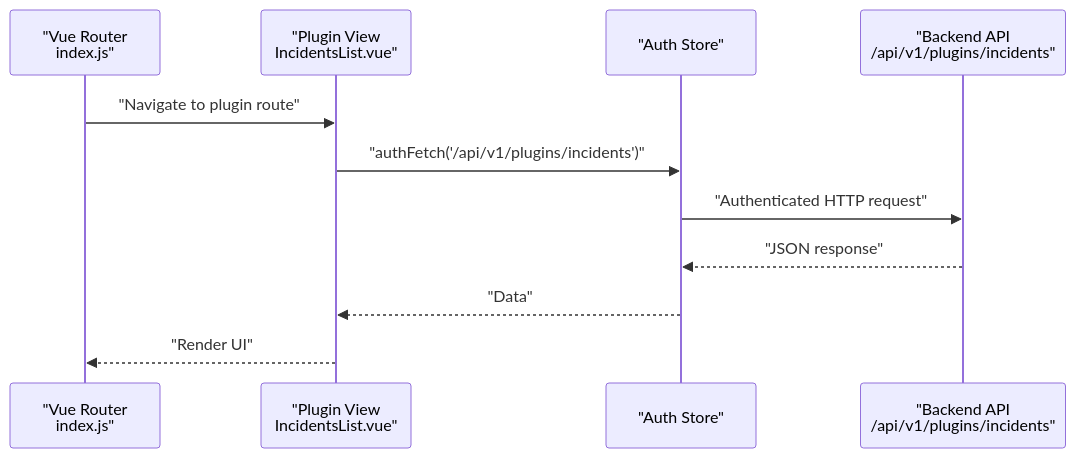
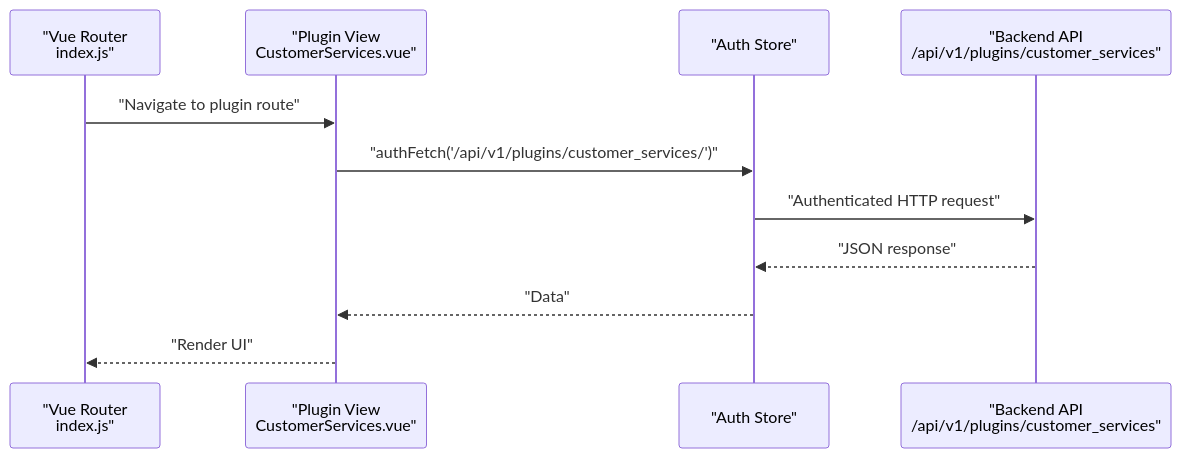
Before and after one commit to Nikita5543/New-SSO-02: the seventh of 15 diagrams in .qoder/repowiki/en/content/Plugin System Architecture/Plugin System Architecture.md, drawn with Mermaid. The commit also changed other lines of this file and 2 other files, not shown here.

Commit message:
commit-repo-wiki-plugins

````diff
--- a/.qoder/repowiki/en/content/Plugin System Architecture/Plugin System Architecture.md
+++ b/.qoder/repowiki/en/content/Plugin System Architecture/Plugin System Architecture.md
@@ -263,13 +297,13 @@
 ```mermaid
 sequenceDiagram
 participant Router as "Vue Router<br/>index.js"
-participant View as "Plugin View<br/>IncidentsList.vue"
+participant View as "Plugin View<br/>CustomerServices.vue"
 participant Auth as "Auth Store"
-participant API as "Backend API<br/>/api/v1/plugins/incidents"
+participant API as "Backend API<br/>/api/v1/plugins/customer_services"
 Router->>View : "Navigate to plugin route"
-View->>Auth : "authFetch('/api/v1/plugins/incidents')"
+View->>Auth : "authFetch('/api/v1/plugins/customer_services/')"
 Auth->>API : "Authenticated HTTP request"
 API-->>Auth : "JSON response"
 Auth-->>View : "Data"
 View-->>Router : "Render UI"
 ```
````
